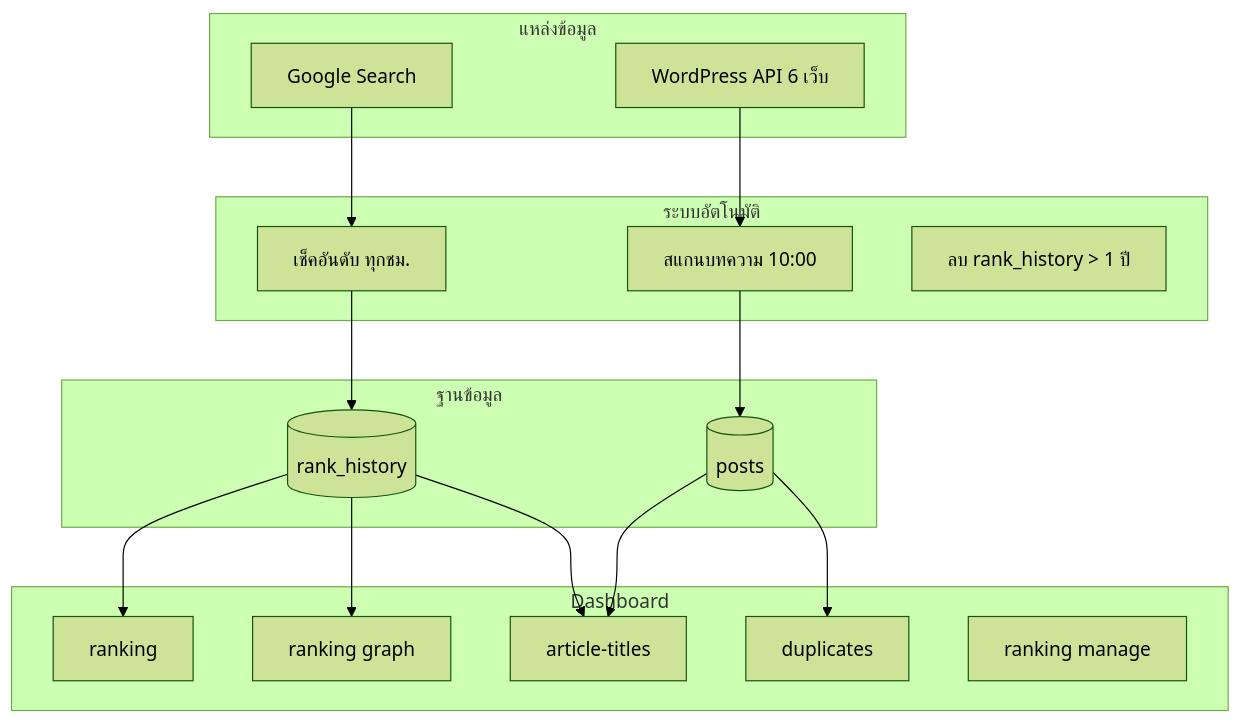
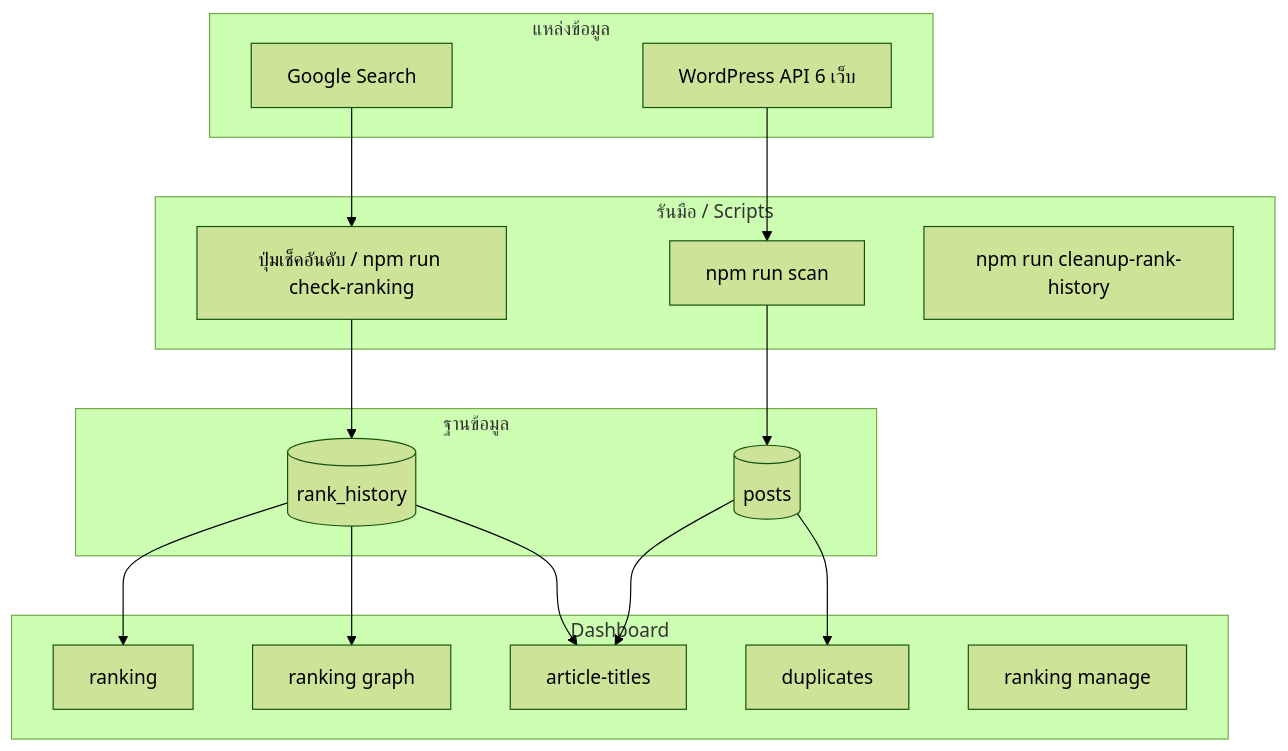
The first of 2 diagrams in README.md (Blltxp/SEO_SYSTEM), drawn with Mermaid (forest theme) before and after one commit. The commit also changed other lines of this file and 6 other files, not shown here.

````diff
--- a/README.md
+++ b/README.md
@@ -138,34 +136,34 @@
 ```mermaid
 flowchart TB
     subgraph Input["แหล่งข้อมูล"]
         WP[WordPress API 6 เว็บ]
         Google[Google Search]
     end
 
-    subgraph Automation["ระบบอัตโนมัติ"]
-        Scan[สแกนบทความ 10:00]
-        Rank[เช็คอันดับ ทุกชม.]
-        Cleanup[ลบ rank_history > 1 ปี]
+    subgraph Manual["รันมือ / Scripts"]
+        Scan[npm run scan]
+        Rank[ปุ่มเช็คอันดับ / npm run check-ranking]
+        Cleanup[npm run cleanup-rank-history]
     end
 
     subgraph Data["ฐานข้อมูล"]
         Posts[(posts)]
         RankHistory[(rank_history)]
     end
 
     subgraph Dashboard["Dashboard"]
         R1[ranking]
         R2[ranking graph]
         A[article-titles]
         D[duplicates]
         M[ranking manage]
     end
 
     WP --> Scan --> Posts
     Google --> Rank --> RankHistory
     Posts --> A
     Posts --> D
     RankHistory --> R1
     RankHistory --> R2
     RankHistory --> A
 ```
````
